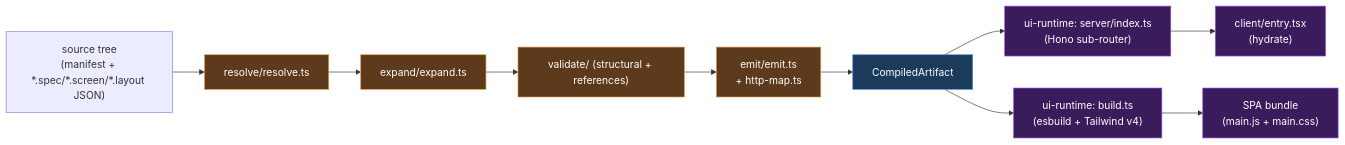
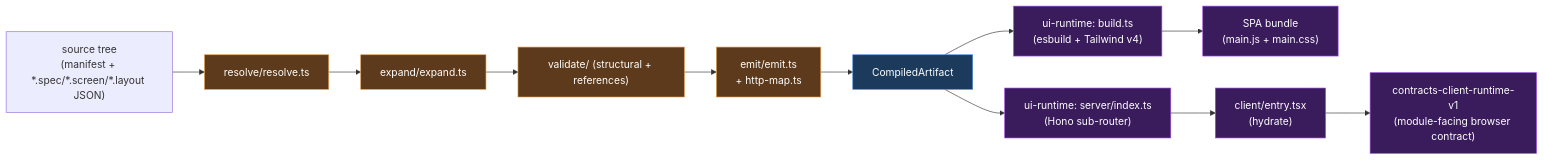
Before and after one commit to vladprrs/rntme: diagram 17 of 18 in docs/architecture.md, drawn with Mermaid. The commit also changed other lines of this file and 49 other files, not shown here.

````diff
--- a/docs/architecture.md
+++ b/docs/architecture.md
@@ -817,16 +820,17 @@
 ```mermaid
 flowchart LR
     classDef stage fill:#5c3a1b,stroke:#e29a4a,color:#fff;
     classDef out fill:#1b3a5c,stroke:#4a90e2,color:#fff;
     classDef run fill:#3a1b5c,stroke:#9a4ae2,color:#fff;
 
     SRC["source tree<br/>(manifest + *.spec/*.screen/*.layout JSON)"] --> R["resolve/resolve.ts"]:::stage
     R --> E["expand/expand.ts"]:::stage
     E --> V["validate/ (structural + references)"]:::stage
     V --> EM["emit/emit.ts<br/>+ http-map.ts"]:::stage
     EM --> CA["CompiledArtifact"]:::out
     CA --> SRV["ui-runtime: server/index.ts<br/>(Hono sub-router)"]:::run
     CA --> BLD["ui-runtime: build.ts<br/>(esbuild + Tailwind v4)"]:::run
     BLD --> SPA["SPA bundle<br/>(main.js + main.css)"]:::run
     SRV --> CLI["client/entry.tsx<br/>(hydrate)"]:::run
+    CLI --> CCR["contracts-client-runtime-v1<br/>(module-facing browser contract)"]:::run
 ```
````
